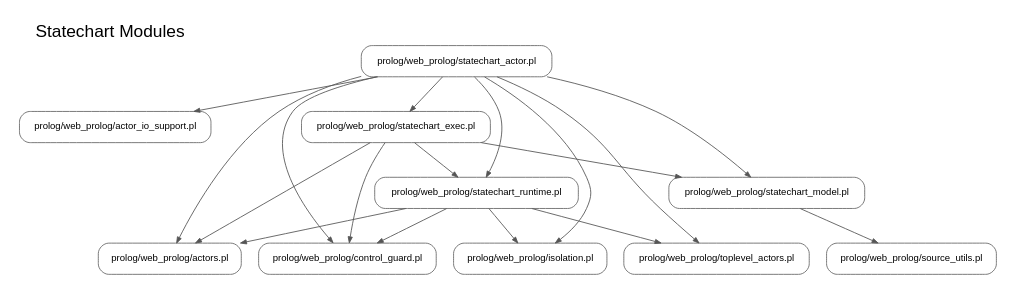
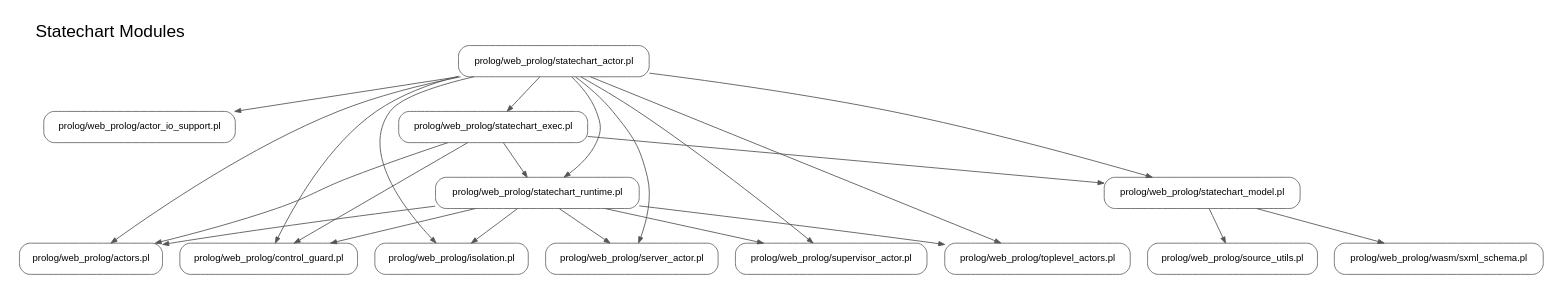
The diagram in docs/generated/dependency_graph/statechart-modules.dot (torbjornlager/trinity-demonstrator), drawn with Graphviz before and after one commit. The commit also changed 10 other files, not shown here.

First line of the commit message:
Regenerate dependency graph

```diff
--- a/docs/generated/dependency_graph/statechart-modules.dot
+++ b/docs/generated/dependency_graph/statechart-modules.dot
@@ -1,33 +1,41 @@
 digraph dependency_graph {
   graph [rankdir=TB, labelloc=t, labeljust=l, fontsize=20, fontname="Helvetica", overlap=false, splines=true, nodesep=0.28, ranksep=0.55, pad=0.2];
   node [shape=box, style="rounded", color="#666666", fontname="Helvetica", fontsize=11, margin="0.08,0.05"];
   edge [color="#555555", arrowsize=0.7, penwidth=1.0];
   label="Statechart Modules";
   n0 [label="prolog/web_prolog/actor_io_support.pl"];
   n1 [label="prolog/web_prolog/actors.pl"];
   n2 [label="prolog/web_prolog/control_guard.pl"];
   n3 [label="prolog/web_prolog/isolation.pl"];
-  n4 [label="prolog/web_prolog/source_utils.pl"];
-  n5 [label="prolog/web_prolog/statechart_actor.pl"];
-  n6 [label="prolog/web_prolog/statechart_exec.pl"];
-  n7 [label="prolog/web_prolog/statechart_model.pl"];
-  n8 [label="prolog/web_prolog/statechart_runtime.pl"];
-  n9 [label="prolog/web_prolog/toplevel_actors.pl"];
-  n5 -> n0;
-  n5 -> n1;
-  n5 -> n2;
-  n5 -> n3;
-  n5 -> n6;
-  n5 -> n7;
-  n5 -> n8;
-  n5 -> n9;
+  n4 [label="prolog/web_prolog/server_actor.pl"];
+  n5 [label="prolog/web_prolog/source_utils.pl"];
+  n6 [label="prolog/web_prolog/statechart_actor.pl"];
+  n7 [label="prolog/web_prolog/statechart_exec.pl"];
+  n8 [label="prolog/web_prolog/statechart_model.pl"];
+  n9 [label="prolog/web_prolog/statechart_runtime.pl"];
+  n10 [label="prolog/web_prolog/supervisor_actor.pl"];
+  n11 [label="prolog/web_prolog/toplevel_actors.pl"];
+  n12 [label="prolog/web_prolog/wasm/sxml_schema.pl"];
+  n6 -> n0;
   n6 -> n1;
   n6 -> n2;
+  n6 -> n3;
+  n6 -> n4;
   n6 -> n7;
   n6 -> n8;
-  n7 -> n4;
-  n8 -> n1;
-  n8 -> n2;
-  n8 -> n3;
-  n8 -> n9;
+  n6 -> n9;
+  n6 -> n10;
+  n6 -> n11;
+  n7 -> n1;
+  n7 -> n2;
+  n7 -> n8;
+  n7 -> n9;
+  n8 -> n5;
+  n8 -> n12;
+  n9 -> n1;
+  n9 -> n2;
+  n9 -> n3;
+  n9 -> n4;
+  n9 -> n10;
+  n9 -> n11;
 }
```
